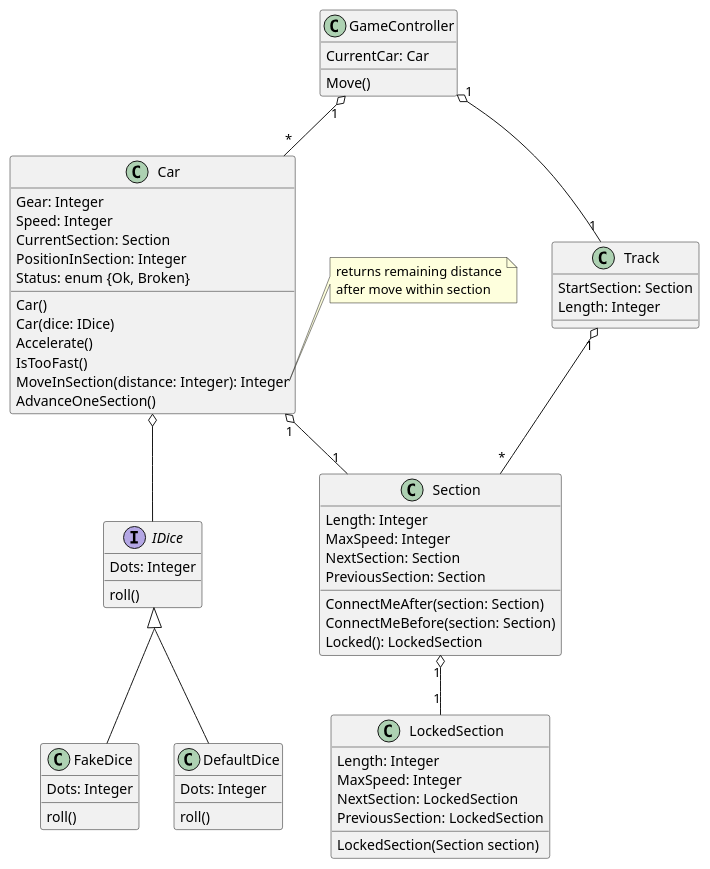
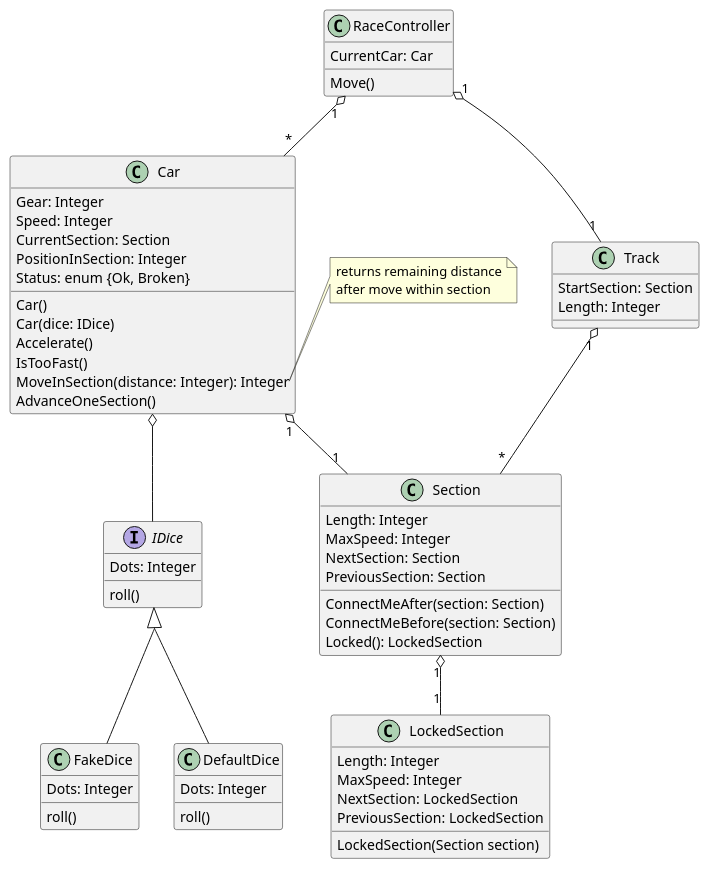
Before and after one commit to htl-leo-syp-project-organization/if.05.61_00-class-materials: the diagram in Units/UnitTesting/CarRace/Readme.md, drawn with PlantUML.

Commit message:
Renamed GameController

````diff
--- a/Units/UnitTesting/CarRace/Readme.md
+++ b/Units/UnitTesting/CarRace/Readme.md
@@ -3,81 +3,81 @@
 ```plantuml
 @startuml
 skinparam groupInheritance 2
 
 interface IDice {
     Dots: Integer 
     roll()
 }
 
 class FakeDice {
     Dots: Integer 
     roll()
 }
 
 class DefaultDice {
     Dots: Integer 
     roll()
 }
 
 IDice <|-- FakeDice
 IDice <|-- DefaultDice
 
 
 class Car {
     Gear: Integer
     Speed: Integer
     CurrentSection: Section
     PositionInSection: Integer
     Status: enum {Ok, Broken}
 
     Car()
     Car(dice: IDice)
     Accelerate()
     IsTooFast()
     MoveInSection(distance: Integer): Integer
     AdvanceOneSection()
 }
 
 note right of Car::MoveInSection
     returns remaining distance
     after move within section
 endnote
 
 Car o-- IDice
 Car "1" o-- "1" Section
 
 class Section {
     Length: Integer
     MaxSpeed: Integer
     NextSection: Section
     PreviousSection: Section
     ConnectMeAfter(section: Section)
     ConnectMeBefore(section: Section)
     Locked(): LockedSection
 }
 
 Section "1" o-- "1" LockedSection
 
 class LockedSection {
     Length: Integer
     MaxSpeed: Integer
     NextSection: LockedSection
     PreviousSection: LockedSection
 
     LockedSection(Section section)
 }
 
 class Track
 Track : StartSection: Section
 Track : Length: Integer
 Track "1" o-- "*" Section
 
-class GameController {
+class RaceController {
     CurrentCar: Car
     Move()
 }
-GameController "1" o-- "*" Car
-GameController "1" o-- "1" Track
+RaceController "1" o-- "*" Car
+RaceController "1" o-- "1" Track
 
 @enduml
 ```
````
